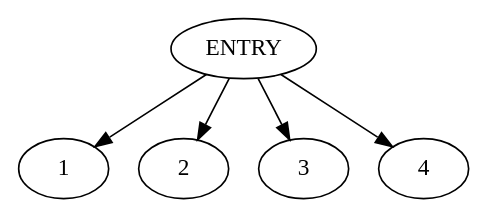
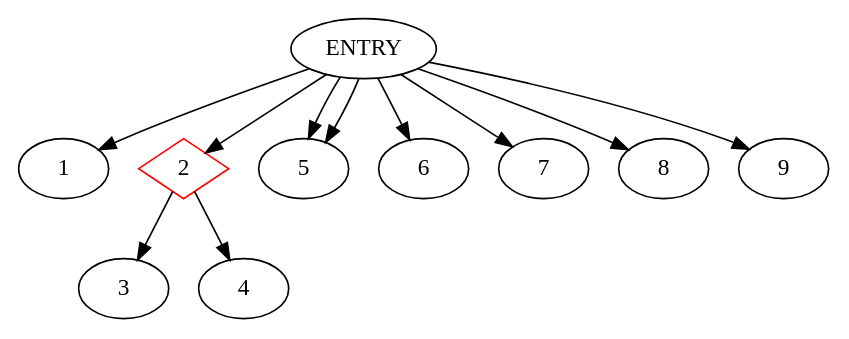
One commit to akshitij/TestgenRepo changed the diagram in Testgen/Testgen_Sonam/Testgen/CDG.dot. Above: the diagram before and after it, drawn with Graphviz. The commit also changed 24 other files, not shown here.

```diff
--- a/Testgen/Testgen_Sonam/Testgen/CDG.dot
+++ b/Testgen/Testgen_Sonam/Testgen/CDG.dot
@@ -1,6 +1,13 @@
 digraph CDG {
 ENTRY -> 1
+2 [shape=diamond, color=red]
 ENTRY -> 2
-ENTRY -> 3
-ENTRY -> 4
+2-> 3
+2-> 4
+ENTRY -> 5
+ENTRY -> 5
+ENTRY -> 6
+ENTRY -> 7
+ENTRY -> 8
+ENTRY -> 9
 }
```
